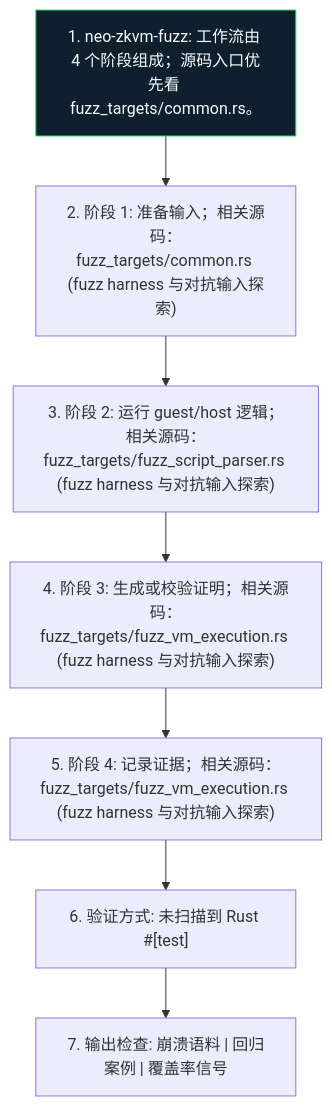
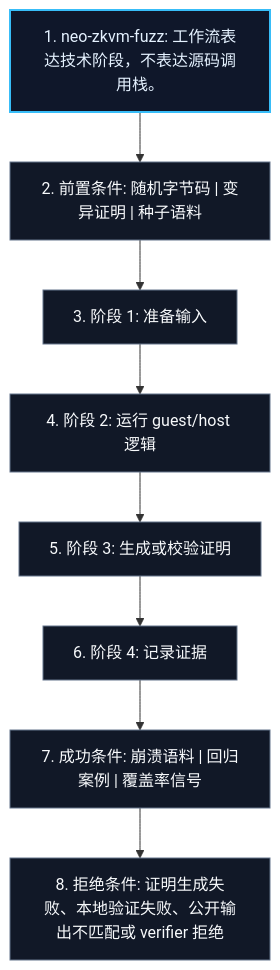
One commit to r3e-network/neo-zkvm changed the diagram in fuzz/docs/figures/workflow.zh.mmd. Above: the diagram before and after it, drawn with Mermaid. The commit also changed 447 other files, not shown here.

Commit message:
Replace crate diagrams with technical views

```diff
--- a/fuzz/docs/figures/workflow.zh.mmd
+++ b/fuzz/docs/figures/workflow.zh.mmd
@@ -1,16 +1,20 @@
 flowchart TB
-    N1["1. neo-zkvm-fuzz: 工作流由 4 个阶段组成；源码入口优先看 fuzz_targets/common.rs。"]
-    N2["2. 阶段 1: 准备输入；相关源码：fuzz_targets/common.rs (fuzz harness 与对抗输入探索)"]
-    N3["3. 阶段 2: 运行 guest/host 逻辑；相关源码：fuzz_targets/fuzz_script_parser.rs (fuzz harness 与对抗输入探索)"]
-    N4["4. 阶段 3: 生成或校验证明；相关源码：fuzz_targets/fuzz_vm_execution.rs (fuzz harness 与对抗输入探索)"]
-    N5["5. 阶段 4: 记录证据；相关源码：fuzz_targets/fuzz_vm_execution.rs (fuzz harness 与对抗输入探索)"]
-    N6["6. 验证方式: 未扫描到 Rust #[test]"]
-    N7["7. 输出检查: 崩溃语料 | 回归案例 | 覆盖率信号"]
+    N1["1. neo-zkvm-fuzz: 工作流表达技术阶段，不表达源码调用栈。"]
+    N2["2. 前置条件: 随机字节码 | 变异证明 | 种子语料"]
+    N3["3. 阶段 1: 准备输入"]
+    N4["4. 阶段 2: 运行 guest/host 逻辑"]
+    N5["5. 阶段 3: 生成或校验证明"]
+    N6["6. 阶段 4: 记录证据"]
+    N7["7. 成功条件: 崩溃语料 | 回归案例 | 覆盖率信号"]
+    N8["8. 拒绝条件: 证明生成失败、本地验证失败、公开输出不匹配或 verifier 拒绝"]
     N1 --> N2
     N2 --> N3
     N3 --> N4
     N4 --> N5
     N5 --> N6
     N6 --> N7
-    classDef crate fill:#101f2d,stroke:#38d978,color:#f6fbff
-    class N1 crate
+    N7 --> N8
+    classDef core fill:#0f172a,stroke:#38bdf8,color:#e5f2ff,stroke-width:2px;
+    classDef support fill:#111827,stroke:#64748b,color:#f8fafc;
+    class N1 core;
+    class N2,N3,N4,N5,N6,N7,N8 support;
```
